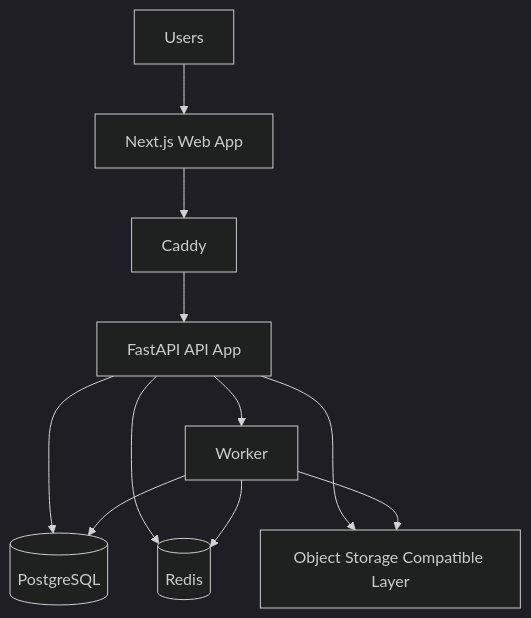
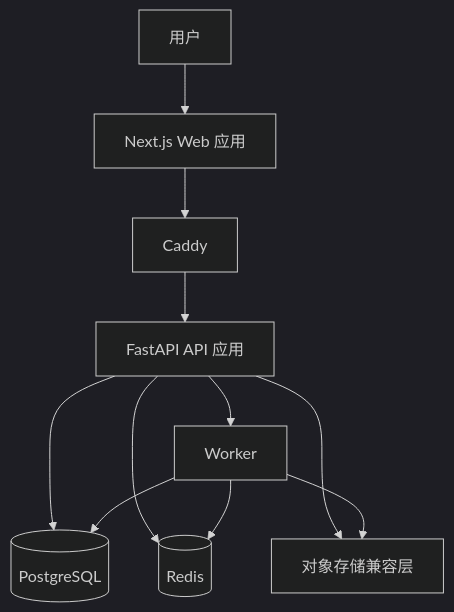
The first of 3 diagrams in docs/superpowers/specs/2026-04-06-platform-foundation-design.md (jovi20/tradingnoobs), drawn with Mermaid (dark theme) before and after one commit. The commit also changed other lines of this file, not shown here.

````diff
--- a/docs/superpowers/specs/2026-04-06-platform-foundation-design.md
+++ b/docs/superpowers/specs/2026-04-06-platform-foundation-design.md
@@ -46,22 +46,22 @@
 ```mermaid
 flowchart TD
-    U[Users]
-    WEB[Next.js Web App]
+    U[用户]
+    WEB[Next.js Web 应用]
     CADDY[Caddy]
-    API[FastAPI API App]
+    API[FastAPI API 应用]
     WORKER[Worker]
     REDIS[(Redis)]
     PG[(PostgreSQL)]
-    OBJ[Object Storage Compatible Layer]
+    OBJ[对象存储兼容层]
 
     U --> WEB
     WEB --> CADDY
     CADDY --> API
     API --> PG
     API --> REDIS
     API --> OBJ
     API --> WORKER
     WORKER --> PG
     WORKER --> REDIS
     WORKER --> OBJ
 ```
````
